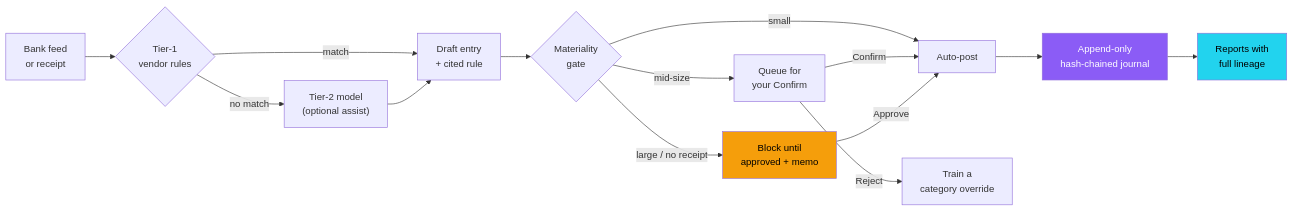
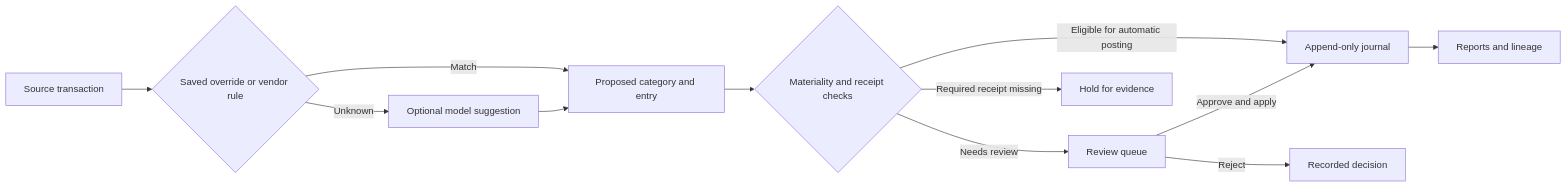
The first of 3 diagrams in README.md (Unicorn-Commander/Accounting-Ops), drawn with Mermaid before and after one commit. The commit also changed other lines of this file, not shown here.

````diff
--- a/README.md
+++ b/README.md
@@ -69,19 +158,14 @@
 ```mermaid
 flowchart LR
-    A["Bank feed<br/>or receipt"] --> B{"Tier-1<br/>vendor rules"}
-    B -->|"match"| D["Draft entry<br/>+ cited rule"]
-    B -->|"no match"| C["Tier-2 model<br/>(optional assist)"]
-    C --> D
-    D --> M{"Materiality<br/>gate"}
-    M -->|"small"| P["Auto-post"]
-    M -->|"mid-size"| Q["Queue for<br/>your Confirm"]
-    M -->|"large / no receipt"| H["Block until<br/>approved + memo"]
-    Q -->|"Confirm"| P
-    H -->|"Approve"| P
-    Q -->|"Reject"| R["Train a<br/>category override"]
-    P --> J["Append-only<br/>hash-chained journal"]
-    J --> RPT["Reports with<br/>full lineage"]
-    style J fill:#8B5CF6,color:#fff
-    style RPT fill:#22D3EE,color:#000
-    style H fill:#F59E0B,color:#000
+    SOURCE["Source transaction"] --> RULES{"Saved override or vendor rule"}
+    RULES -->|"Match"| DRAFT["Proposed category and entry"]
+    RULES -->|"Unknown"| MODEL["Optional model suggestion"]
+    MODEL --> DRAFT
+    DRAFT --> GATE{"Materiality and receipt checks"}
+    GATE -->|"Eligible for automatic posting"| JOURNAL["Append-only journal"]
+    GATE -->|"Needs review"| REVIEW["Review queue"]
+    GATE -->|"Required receipt missing"| HOLD["Hold for evidence"]
+    REVIEW -->|"Approve and apply"| JOURNAL
+    REVIEW -->|"Reject"| AUDIT["Recorded decision"]
+    JOURNAL --> REPORT["Reports and lineage"]
 ```
````
